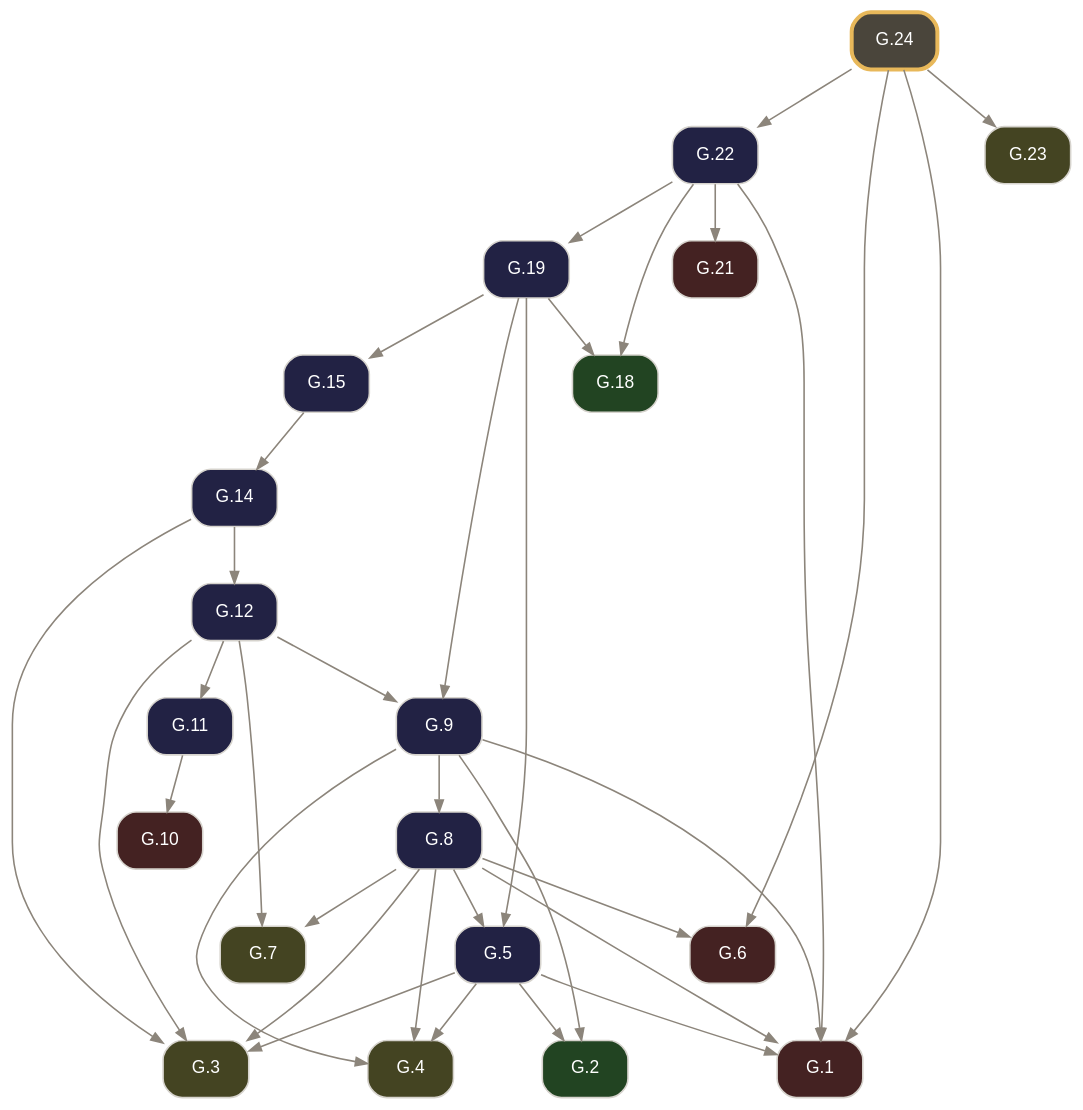
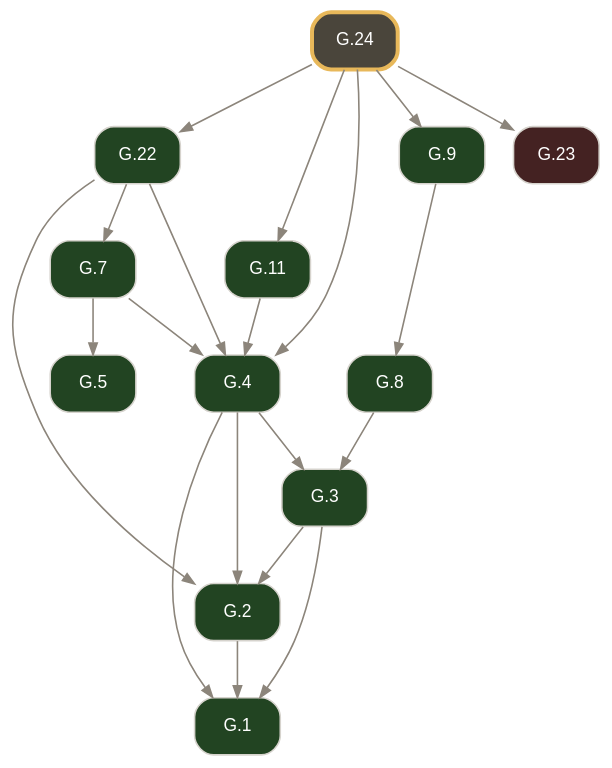
The diagram in docsrc/elements2/G.24/index.rst (geometor/elements), drawn with Graphviz before and after one commit. The commit also changed other lines of this file and 2974 other files, not shown here.

Commit message:
feat(elements2): wire defined terms, short verb titles, coincidence operator, and 2-point circle notation (v0.4.0)

```diff
--- a/docsrc/elements2/G.24/index.rst
+++ b/docsrc/elements2/G.24/index.rst
@@ -82,62 +88,39 @@
 .. graphviz::
 
    digraph {
      bgcolor="transparent";
      node [shape=box, style="rounded,filled", fontname="Helvetica", fontsize=11, color="#d6d3cd", fontcolor="#ffffff"];
      edge [color="#8c857b", fontcolor="#8c857b", arrowsize=0.75];
      rankdir="TB";
-     "G.1" [label="G.1", tooltip="G.1 (I.cn.1): Things equal to the same thing are equal to one another.", fillcolor="#442222", URL="../G.1/index.html", target="_top"];
-     "G.2" [label="G.2", tooltip="G.2 (I.def.15): A circle is a plane figure contained by one line such that all segments falling upon it from its center are equal.", fillcolor="#224422", URL="../G.2/index.html", target="_top"];
-     "G.3" [label="G.3", tooltip="G.3 (I.post.1): Construct a segment between any two points.", fillcolor="#444422", URL="../G.3/index.html", target="_top"];
-     "G.4" [label="G.4", tooltip="G.4 (I.post.3): Construct a circle with any center and radius.", fillcolor="#444422", URL="../G.4/index.html", target="_top"];
-     "G.5" [label="G.5", tooltip="G.5 (I.1): Construct an equilateral triangle on a given finite segment.", fillcolor="#222244", URL="../G.5/index.html", target="_top"];
-     "G.6" [label="G.6", tooltip="G.6 (I.cn.3): If equals are subtracted from equals, the remainders are equal.", fillcolor="#442222", URL="../G.6/index.html", target="_top"];
-     "G.7" [label="G.7", tooltip="G.7 (I.post.2): Extend a finite segment continuously in a straight line.", fillcolor="#444422", URL="../G.7/index.html", target="_top"];
-     "G.8" [label="G.8", tooltip="G.8 (I.2): Construct at a given point a segment equal to a given segment.", fillcolor="#222244", URL="../G.8/index.html", target="_top"];
-     "G.9" [label="G.9", tooltip="G.9 (I.3): Cut off from the greater of two unequal segments a segment equal to the less.", fillcolor="#222244", URL="../G.9/index.html", target="_top"];
-     "G.10" [label="G.10", tooltip="G.10 (I.cn.4): Things that coincide with one another are equal.", fillcolor="#442222", URL="../G.10/index.html", target="_top"];
-     "G.11" [label="G.11", tooltip="G.11 (I.4): Triangles with two sides and the included angle equal are congruent (SAS).", fillcolor="#222244", URL="../G.11/index.html", target="_top"];
-     "G.12" [label="G.12", tooltip="G.12 (I.5): In an isosceles triangle, the angles at the base are equal, and if the equal sides are extended, the angles under the base are equal.", fillcolor="#222244", URL="../G.12/index.html", target="_top"];
-     "G.14" [label="G.14", tooltip="G.14 (I.7): On the same segment and on the same side, there cannot be constructed two distinct triangles with both pairs of conterminous sides equal.", fillcolor="#222244", URL="../G.14/index.html", target="_top"];
-     "G.15" [label="G.15", tooltip="G.15 (I.8): Triangles with all three corresponding sides equal have their corresponding angles equal (SSS).", fillcolor="#222244", URL="../G.15/index.html", target="_top"];
-     "G.18" [label="G.18", tooltip="G.18 (I.def.10): When a straight line standing on a straight line makes the adjacent angles equal, each of the equal angles is a right angle, and the standing line is perpendicular to that on which...", fillcolor="#224422", URL="../G.18/index.html", target="_top"];
-     "G.19" [label="G.19", tooltip="G.19 (I.11): Construct a line at right angles to a given line from a given point on it.", fillcolor="#222244", URL="../G.19/index.html", target="_top"];
-     "G.21" [label="G.21", tooltip="G.21 (I.cn.2): If equals are added to equals, the wholes are equal.", fillcolor="#442222", URL="../G.21/index.html", target="_top"];
-     "G.22" [label="G.22", tooltip="G.22 (I.13): A ray standing on a line makes either two right angles or adjacent angles summing to two right angles.", fillcolor="#222244", URL="../G.22/index.html", target="_top"];
-     "G.23" [label="G.23", tooltip="G.23 (I.post.4): All right angles are equal.", fillcolor="#444422", URL="../G.23/index.html", target="_top"];
-     "G.24" [label="G.24", tooltip="G.24 (I.14): If two rays at a point on a line on opposite sides make adjacent angles summing to two right angles, the two rays are collinear.", penwidth=2.5, color="#e8b85a", fillcolor="#4a453b", URL="index.html", target="_top"];
-     "G.5" -> "G.1";
-     "G.8" -> "G.1";
-     "G.9" -> "G.1";
-     "G.22" -> "G.1";
-     "G.24" -> "G.1";
-     "G.5" -> "G.2";
-     "G.9" -> "G.2";
-     "G.5" -> "G.3";
+     "G.1" [label="G.1", tooltip="G.1 (I.def.1): A point A is that which has no part.", fillcolor="#224422", URL="../G.1/index.html", target="_top"];
+     "G.2" [label="G.2", tooltip="G.2 (I.def.2): A line [ A B ] is a projection of a relationship of two points A, B.", fillcolor="#224422", URL="../G.2/index.html", target="_top"];
+     "G.3" [label="G.3", tooltip="G.3 (I.def.3): The extremities of a segment / A B / are points A, B.", fillcolor="#224422", URL="../G.3/index.html", target="_top"];
+     "G.4" [label="G.4", tooltip="G.4 (I.def.4): A segment / A B / is a portion of a line [ A B ] between two points A, B on the line.", fillcolor="#224422", URL="../G.4/index.html", target="_top"];
+     "G.5" [label="G.5", tooltip="G.5 (I.def.5): A surface is that which has length and breadth only.", fillcolor="#224422", URL="../G.5/index.html", target="_top"];
+     "G.7" [label="G.7", tooltip="G.7 (I.def.7): A plane surface lies evenly with the lines on itself.", fillcolor="#224422", URL="../G.7/index.html", target="_top"];
+     "G.8" [label="G.8", tooltip="G.8 (I.def.13): A boundary is the extremity of anything.", fillcolor="#224422", URL="../G.8/index.html", target="_top"];
+     "G.9" [label="G.9", tooltip="G.9 (I.def.14): A figure is that which is contained by any boundary or boundaries.", fillcolor="#224422", URL="../G.9/index.html", target="_top"];
+     "G.11" [label="G.11", tooltip="G.11 (I.def.19): Rectilineal figures are contained by segments: trilateral by three, quadrilateral by four, and multilateral by more than four.", fillcolor="#224422", URL="../G.11/index.html", target="_top"];
+     "G.22" [label="G.22", tooltip="G.22 (I.def.8): A plane angle is the inclination to one another of two lines or arcs in a plane that meet and do not lie on the same line.", fillcolor="#224422", URL="../G.22/index.html", target="_top"];
+     "G.23" [label="G.23", tooltip="G.23 (I.cn.4): Things / A B /, / D E / that coincide with one another are equal to one another.", fillcolor="#442222", URL="../G.23/index.html", target="_top"];
+     "G.24" [label="G.24", tooltip="G.24 (I.4): Triangles with two sides and the included angle equal are congruent (SAS).", penwidth=2.5, color="#e8b85a", fillcolor="#4a453b", URL="index.html", target="_top"];
+     "G.2" -> "G.1";
+     "G.3" -> "G.1";
+     "G.4" -> "G.1";
+     "G.3" -> "G.2";
+     "G.4" -> "G.2";
+     "G.22" -> "G.2";
+     "G.4" -> "G.3";
      "G.8" -> "G.3";
-     "G.12" -> "G.3";
-     "G.14" -> "G.3";
-     "G.5" -> "G.4";
-     "G.8" -> "G.4";
-     "G.9" -> "G.4";
-     "G.8" -> "G.5";
-     "G.19" -> "G.5";
-     "G.8" -> "G.6";
-     "G.24" -> "G.6";
-     "G.8" -> "G.7";
-     "G.12" -> "G.7";
+     "G.7" -> "G.4";
+     "G.11" -> "G.4";
+     "G.22" -> "G.4";
+     "G.24" -> "G.4";
+     "G.7" -> "G.5";
+     "G.22" -> "G.7";
      "G.9" -> "G.8";
-     "G.12" -> "G.9";
-     "G.19" -> "G.9";
-     "G.11" -> "G.10";
-     "G.12" -> "G.11";
-     "G.14" -> "G.12";
-     "G.15" -> "G.14";
-     "G.19" -> "G.15";
-     "G.19" -> "G.18";
-     "G.22" -> "G.18";
-     "G.22" -> "G.19";
-     "G.22" -> "G.21";
+     "G.24" -> "G.9";
+     "G.24" -> "G.11";
      "G.24" -> "G.22";
      "G.24" -> "G.23";
    }
```
